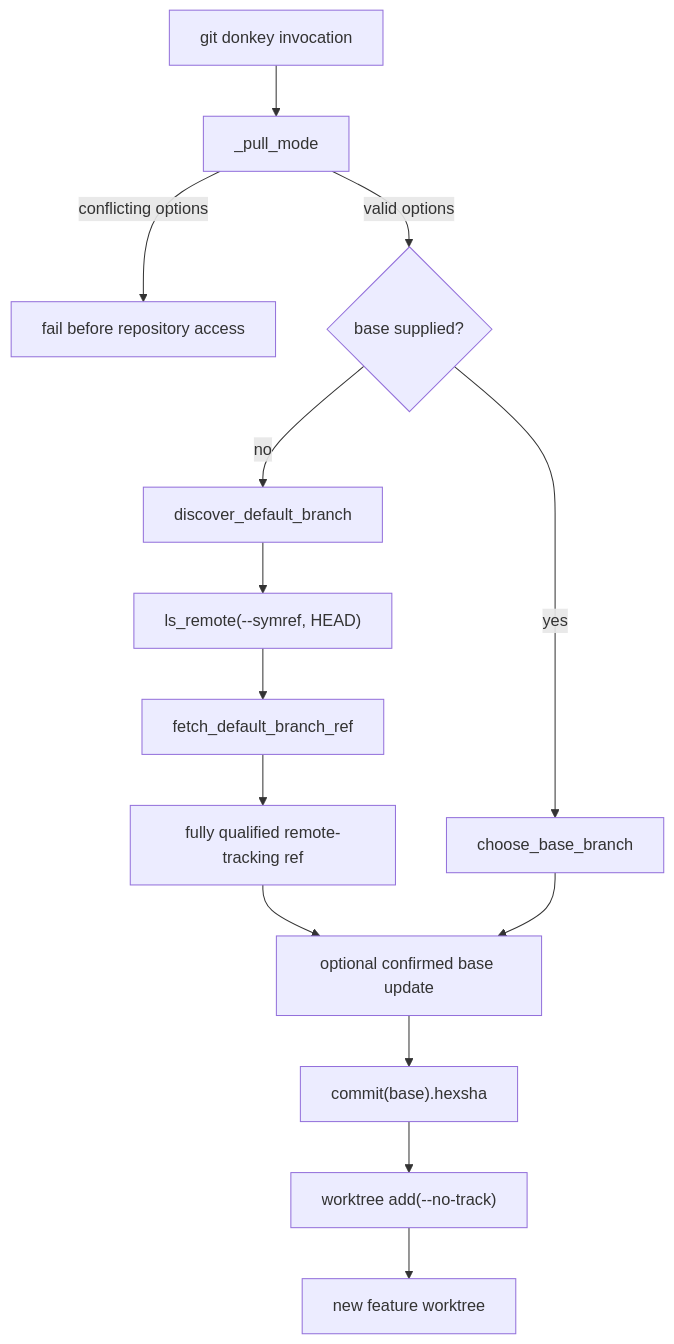
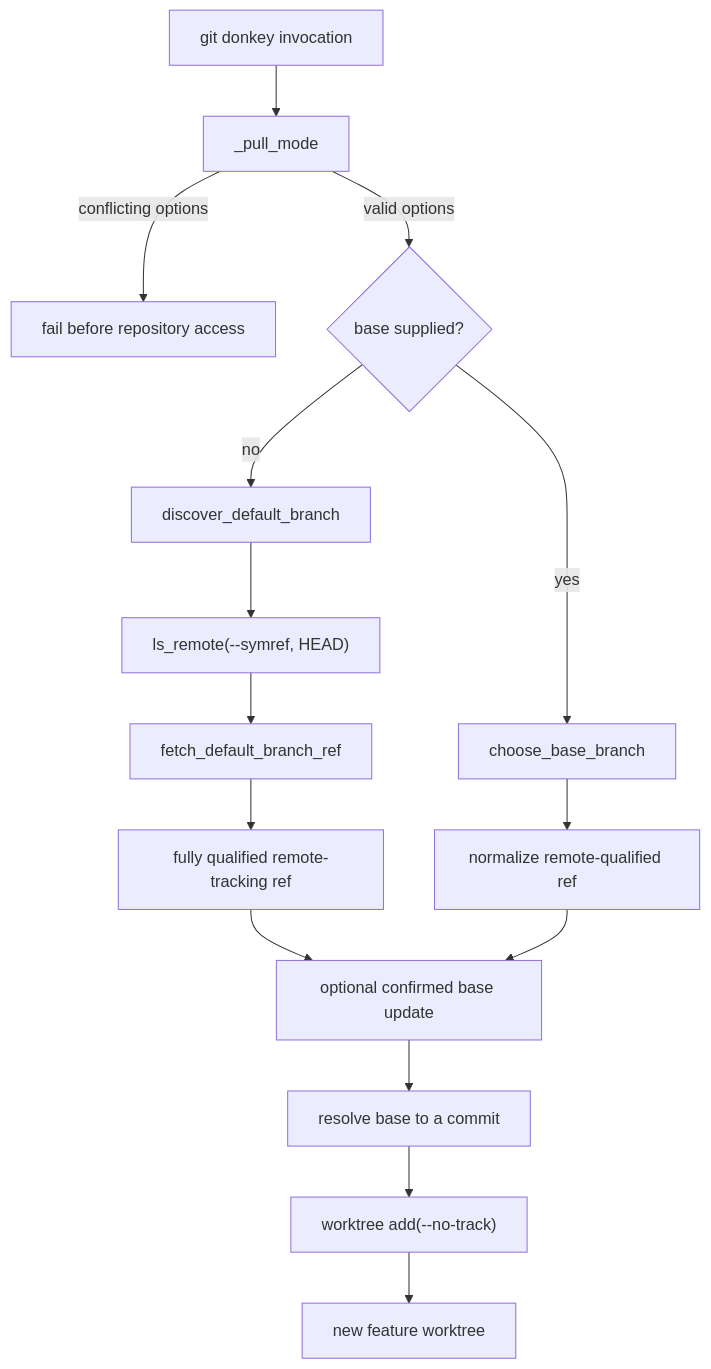
Before and after one commit to leynos/git-donkey: the diagram in docs/default-base-and-pull-modes.md, drawn with Mermaid. The commit also changed other lines of this file and 5 other files, not shown here.

First line of the commit message:
Document explicit base ref forms (#16)

````diff
--- a/docs/default-base-and-pull-modes.md
+++ b/docs/default-base-and-pull-modes.md
@@ -7,16 +7,17 @@
 ```mermaid
 flowchart TD
     Start["git donkey invocation"] --> Validate["_pull_mode"]
     Validate -->|conflicting options| Error["fail before repository access"]
     Validate -->|valid options| Base{base supplied?}
     Base -->|no| Default["discover_default_branch"]
     Default --> Advertise["ls_remote(--symref, HEAD)"]
     Advertise --> Fetch["fetch_default_branch_ref"]
     Fetch --> RemoteBase["fully qualified remote-tracking ref"]
     Base -->|yes| Explicit["choose_base_branch"]
+    Explicit --> Normalize["normalize remote-qualified ref"]
     RemoteBase --> Update["optional confirmed base update"]
-    Explicit --> Update
-    Update --> Resolve["commit(base).hexsha"]
+    Normalize --> Update
+    Update --> Resolve["resolve base to a commit"]
     Resolve --> Create["worktree add(--no-track)"]
     Create --> Done["new feature worktree"]
 ```
````
